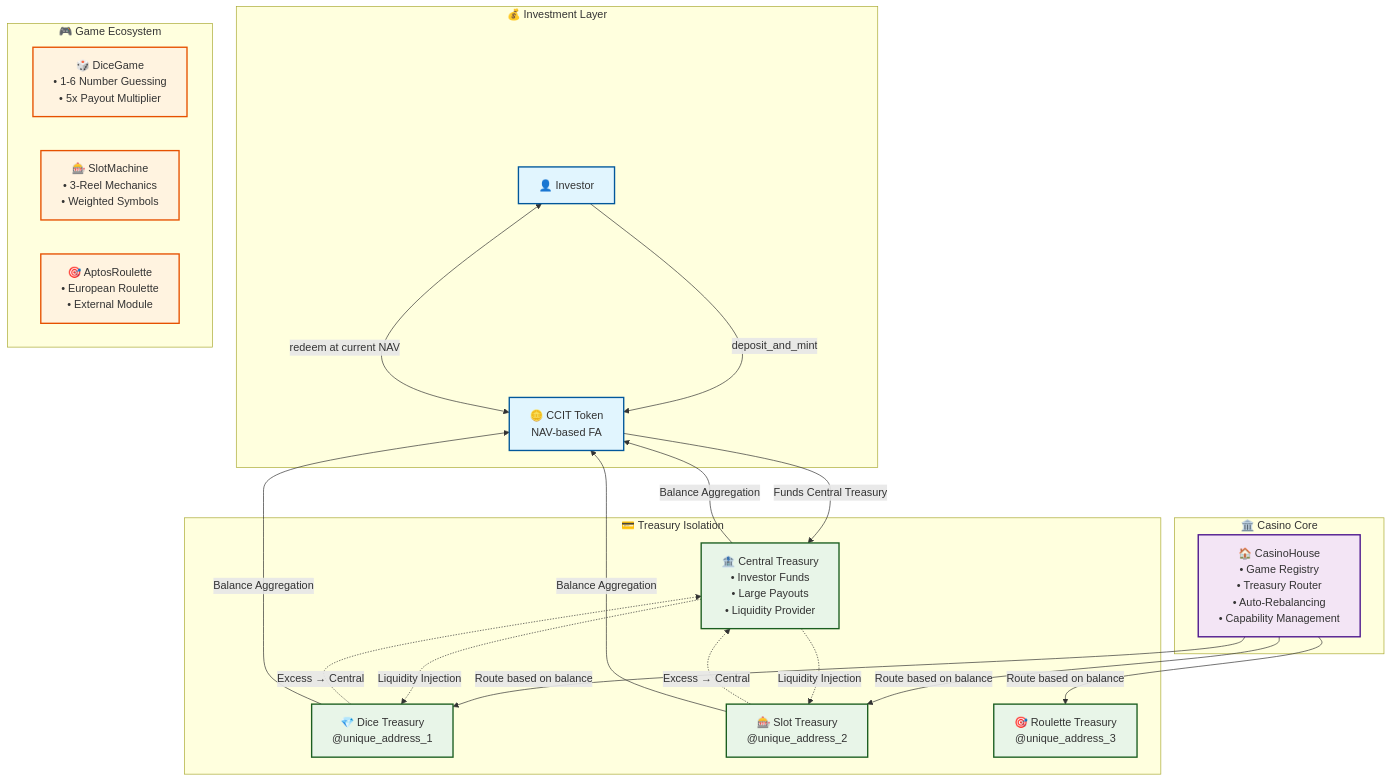
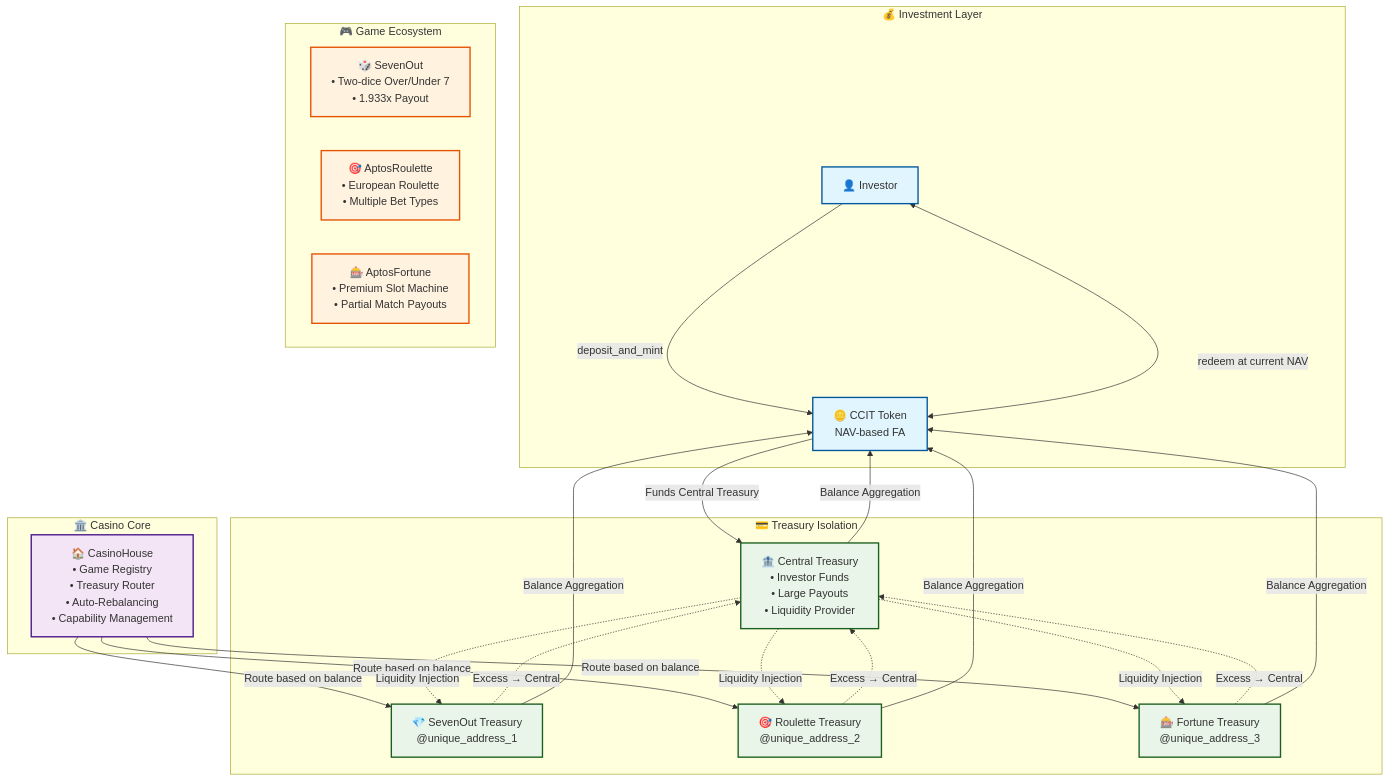
One commit to PersonaNormale/ChainCasino changed the third of 3 diagrams in README.md. Above: the diagram before and after it, drawn with Mermaid. The commit also changed other lines of this file and 1 other file, not shown here.

````diff
--- a/README.md
+++ b/README.md
@@ -142,55 +143,58 @@
 ```mermaid
 flowchart TD
     subgraph "💰 Investment Layer"
         Investor[👤 Investor]
         CCIT[🪙 CCIT Token<br/>NAV-based FA]
     end
 
     subgraph "🏛️ Casino Core"
         Casino[🏠 CasinoHouse<br/>• Game Registry<br/>• Treasury Router<br/>• Auto-Rebalancing<br/>• Capability Management]
     end
 
     subgraph "🎮 Game Ecosystem"
-        DiceGame[🎲 DiceGame<br/>• 1-6 Number Guessing<br/>• 5x Payout Multiplier]
-        SlotGame[🎰 SlotMachine<br/>• 3-Reel Mechanics<br/>• Weighted Symbols]
-        RouletteGame[🎯 AptosRoulette<br/>• European Roulette<br/>• External Module]
+        SevenOut[🎲 SevenOut<br/>• Two-dice Over/Under 7<br/>• 1.933x Payout]
+        RouletteGame[🎯 AptosRoulette<br/>• European Roulette<br/>• Multiple Bet Types]
+        FortuneGame[🎰 AptosFortune<br/>• Premium Slot Machine<br/>• Partial Match Payouts]
     end
 
     subgraph "💳 Treasury Isolation"
         Central[🏦 Central Treasury<br/>• Investor Funds<br/>• Large Payouts<br/>• Liquidity Provider]
-        DiceTreasury[💎 Dice Treasury<br/>@unique_address_1]
-        SlotTreasury[🎰 Slot Treasury<br/>@unique_address_2]
-        RouletteTreasury[🎯 Roulette Treasury<br/>@unique_address_3]
+        SevenOutTreasury[💎 SevenOut Treasury<br/>@unique_address_1]
+        RouletteTreasury[🎯 Roulette Treasury<br/>@unique_address_2]
+        FortuneTreasury[🎰 Fortune Treasury<br/>@unique_address_3]
     end
 
     %% Investment Flow
     Investor -->|deposit_and_mint| CCIT
     CCIT -->|Funds Central Treasury| Central
     CCIT <-->|redeem at current NAV| Investor
 
     %% Game Operation Flow
-    Casino -->|Route based on balance| DiceTreasury
-    Casino -->|Route based on balance| SlotTreasury
+    Casino -->|Route based on balance| SevenOutTreasury
     Casino -->|Route based on balance| RouletteTreasury
+    Casino -->|Route based on balance| FortuneTreasury
 
     %% Auto-Rebalancing
-    DiceTreasury -.->|Excess → Central| Central
-    SlotTreasury -.->|Excess → Central| Central
-    Central -.->|Liquidity Injection| DiceTreasury
-    Central -.->|Liquidity Injection| SlotTreasury
+    SevenOutTreasury -.->|Excess → Central| Central
+    RouletteTreasury -.->|Excess → Central| Central
+    FortuneTreasury -.->|Excess → Central| Central
+    Central -.->|Liquidity Injection| SevenOutTreasury
+    Central -.->|Liquidity Injection| RouletteTreasury
+    Central -.->|Liquidity Injection| FortuneTreasury
 
     %% NAV Calculation
     Central -->|Balance Aggregation| CCIT
-    DiceTreasury -->|Balance Aggregation| CCIT
-    SlotTreasury -->|Balance Aggregation| CCIT
+    SevenOutTreasury -->|Balance Aggregation| CCIT
+    RouletteTreasury -->|Balance Aggregation| CCIT
+    FortuneTreasury -->|Balance Aggregation| CCIT
 
     classDef investment fill:#e1f5fe,stroke:#01579b,stroke-width:2px
     classDef casino fill:#f3e5f5,stroke:#4a148c,stroke-width:2px
     classDef game fill:#fff3e0,stroke:#e65100,stroke-width:2px
     classDef treasury fill:#e8f5e8,stroke:#1b5e20,stroke-width:2px
 
     class Investor,CCIT investment
     class Casino casino
-    class DiceGame,SlotGame,RouletteGame game
-    class Central,DiceTreasury,SlotTreasury,RouletteTreasury treasury
+    class SevenOut,RouletteGame,FortuneGame game
+    class Central,SevenOutTreasury,RouletteTreasury,FortuneTreasury treasury
 ```
````
